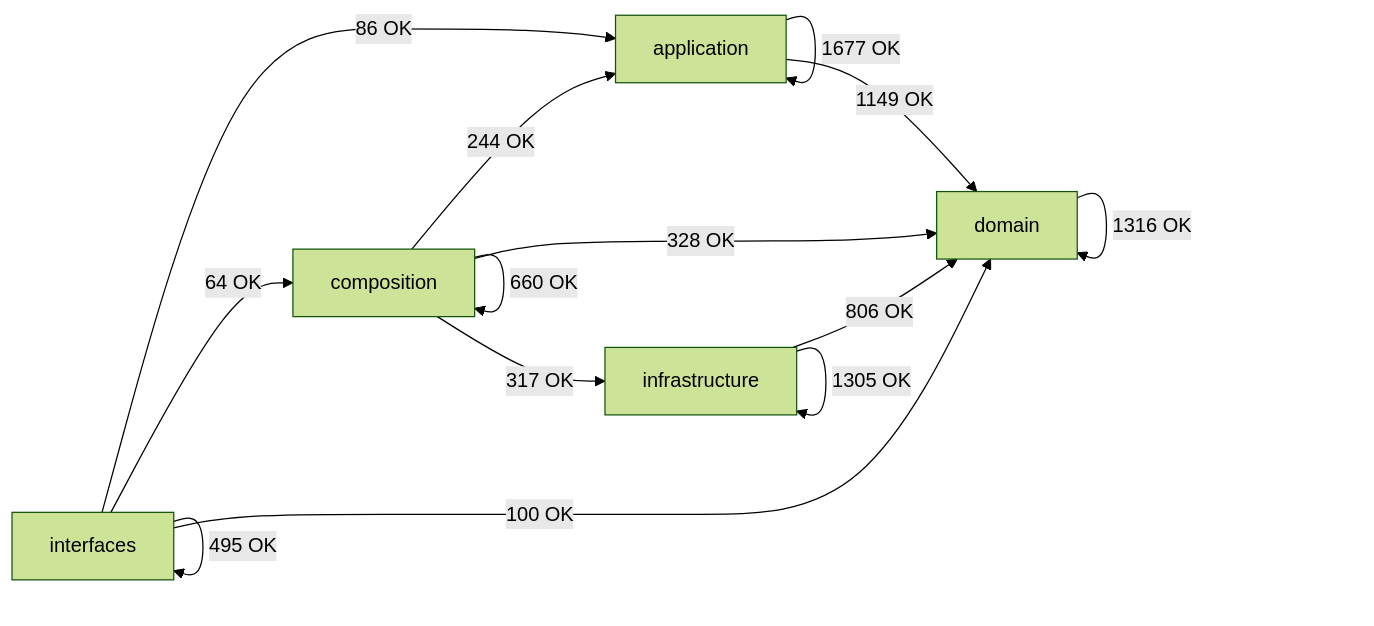
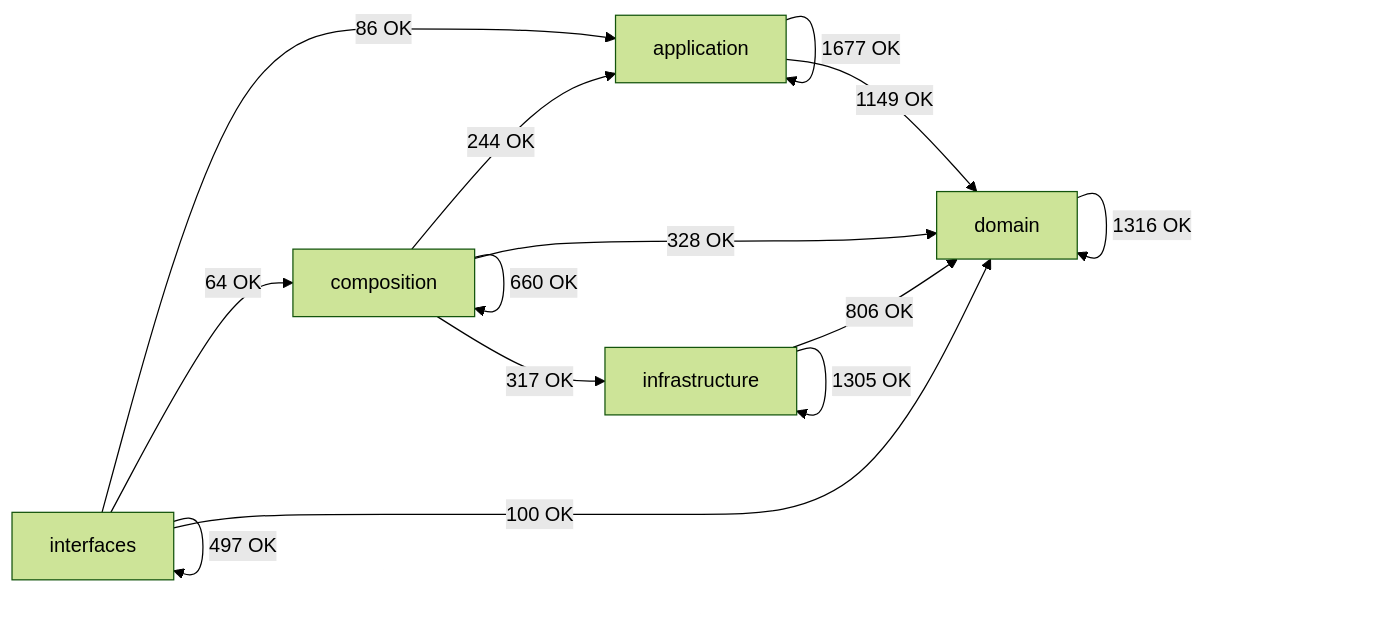
The diagram in docs/02-architecture/generated/module-dependency-map.md (SatoryKono/BioactivityDataAcquisition), drawn with Mermaid (forest theme) before and after one commit. The commit also changed other lines of this file and 28 other files, not shown here.

````diff
--- a/docs/02-architecture/generated/module-dependency-map.md
+++ b/docs/02-architecture/generated/module-dependency-map.md
@@ -17,21 +17,21 @@
 ```mermaid
 flowchart LR
     domain[domain]
     application[application]
     infrastructure[infrastructure]
     composition[composition]
     interfaces[interfaces]
     application -->|1677 OK| application
     application -->|1149 OK| domain
     composition -->|244 OK| application
     composition -->|660 OK| composition
     composition -->|328 OK| domain
     composition -->|317 OK| infrastructure
     domain -->|1316 OK| domain
     infrastructure -->|806 OK| domain
     infrastructure -->|1305 OK| infrastructure
     interfaces -->|86 OK| application
     interfaces -->|64 OK| composition
     interfaces -->|100 OK| domain
-    interfaces -->|495 OK| interfaces
+    interfaces -->|497 OK| interfaces
 ```
````
